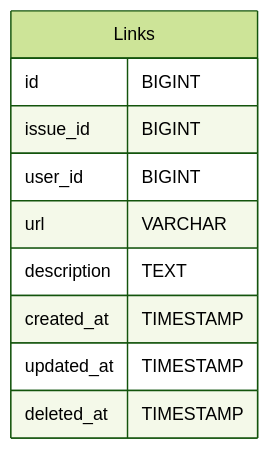
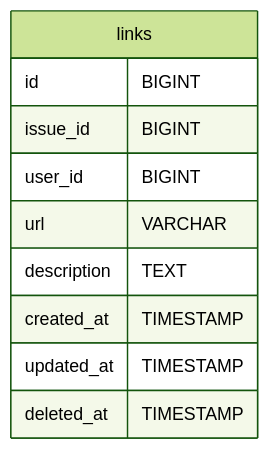
Diagram 17 of 41 in infrastructure/db-schema.mdx (codeitlikemiley/arta-ecms-docs), drawn with Mermaid (forest theme) before and after one commit. The commit also changed other lines of this file and 34 other files, not shown here.

````diff
--- a/infrastructure/db-schema.mdx
+++ b/infrastructure/db-schema.mdx
@@ -398,13 +686,13 @@
-```mermaid
-erDiagram
-Links {
-        id BIGINT
-        issue_id BIGINT
-        user_id BIGINT
-        url VARCHAR
-        description TEXT
-        created_at TIMESTAMP
-        updated_at TIMESTAMP
-        deleted_at TIMESTAMP
-    }
-```
+      ```mermaid
+      erDiagram
+          links {
+              id BIGINT
+              issue_id BIGINT
+              user_id BIGINT
+              url VARCHAR
+              description TEXT
+              created_at TIMESTAMP
+              updated_at TIMESTAMP
+              deleted_at TIMESTAMP
+          }
+      ```
````
